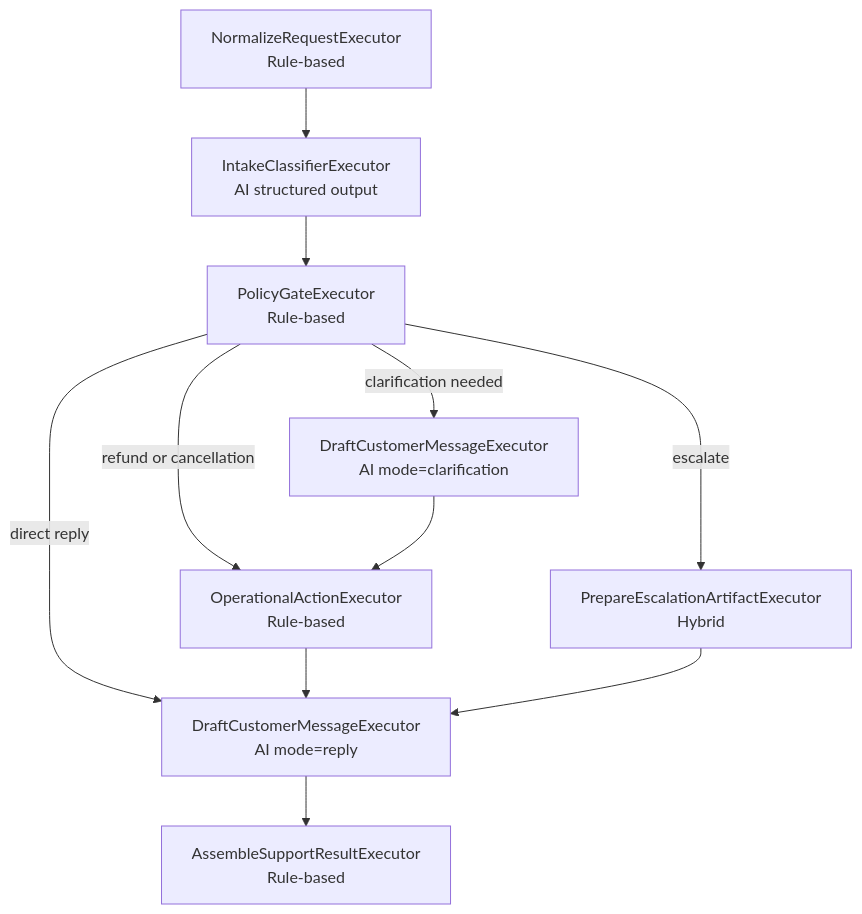
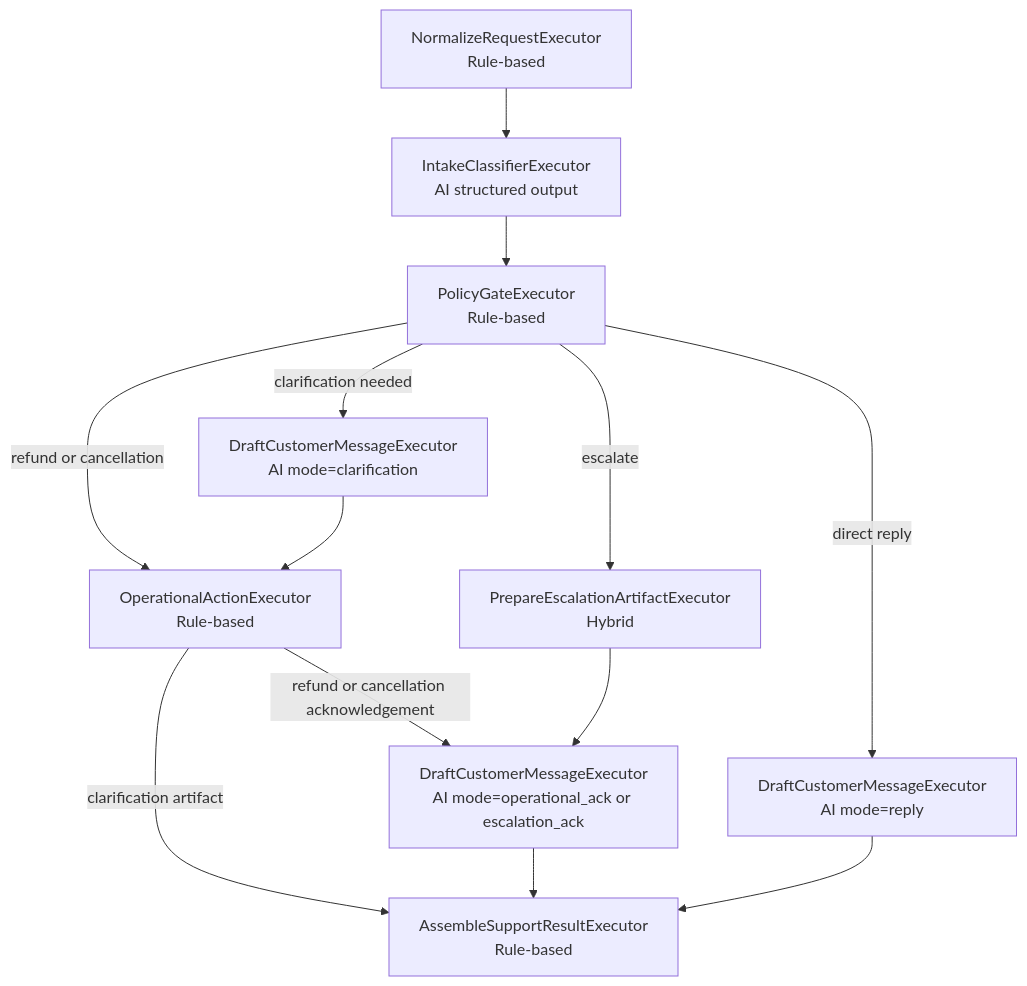
Before and after one commit to VenyaBrodetskiy/Geek-Academy-Spec-Driven-workshop: the diagram in specs/001-support-request-flow/plan.md, drawn with Mermaid. The commit also changed other lines of this file and 4 other files, not shown here.

````diff
--- a/specs/001-support-request-flow/plan.md
+++ b/specs/001-support-request-flow/plan.md
@@ -16,25 +16,28 @@
 ```mermaid
 flowchart TD
   normalize[NormalizeRequestExecutor\nRule-based]
   intake[IntakeClassifierExecutor\nAI structured output]
   policy[PolicyGateExecutor\nRule-based]
 
   reply[DraftCustomerMessageExecutor\nAI mode=reply]
   clarify[DraftCustomerMessageExecutor\nAI mode=clarification]
+  ack[DraftCustomerMessageExecutor\nAI mode=operational_ack or escalation_ack]
   action[OperationalActionExecutor\nRule-based]
   escalate[PrepareEscalationArtifactExecutor\nHybrid]
   assemble[AssembleSupportResultExecutor\nRule-based]
 
   normalize --> intake
   intake --> policy
 
   policy -->|direct reply| reply
   policy -->|clarification needed| clarify
   policy -->|refund or cancellation| action
   policy -->|escalate| escalate
 
   clarify --> action
-  action --> reply
-  escalate --> reply
+  action -->|clarification artifact| assemble
+  action -->|refund or cancellation acknowledgement| ack
+  escalate --> ack
+  ack --> assemble
   reply --> assemble
 ```
````
